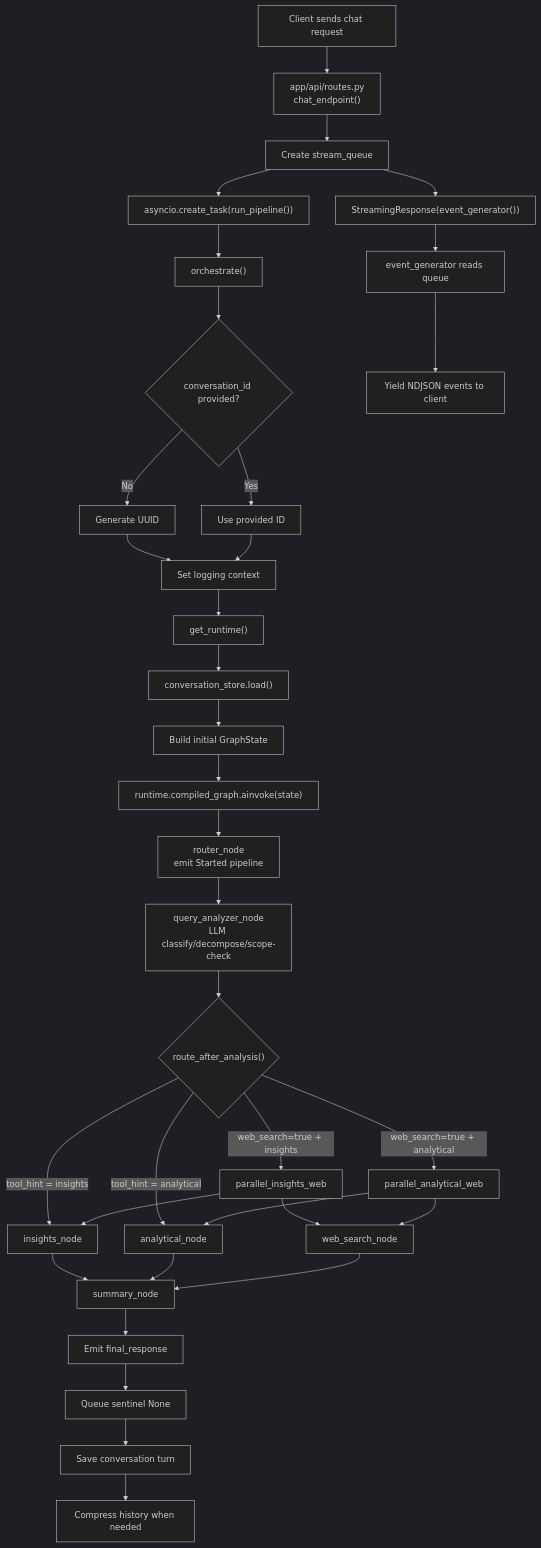
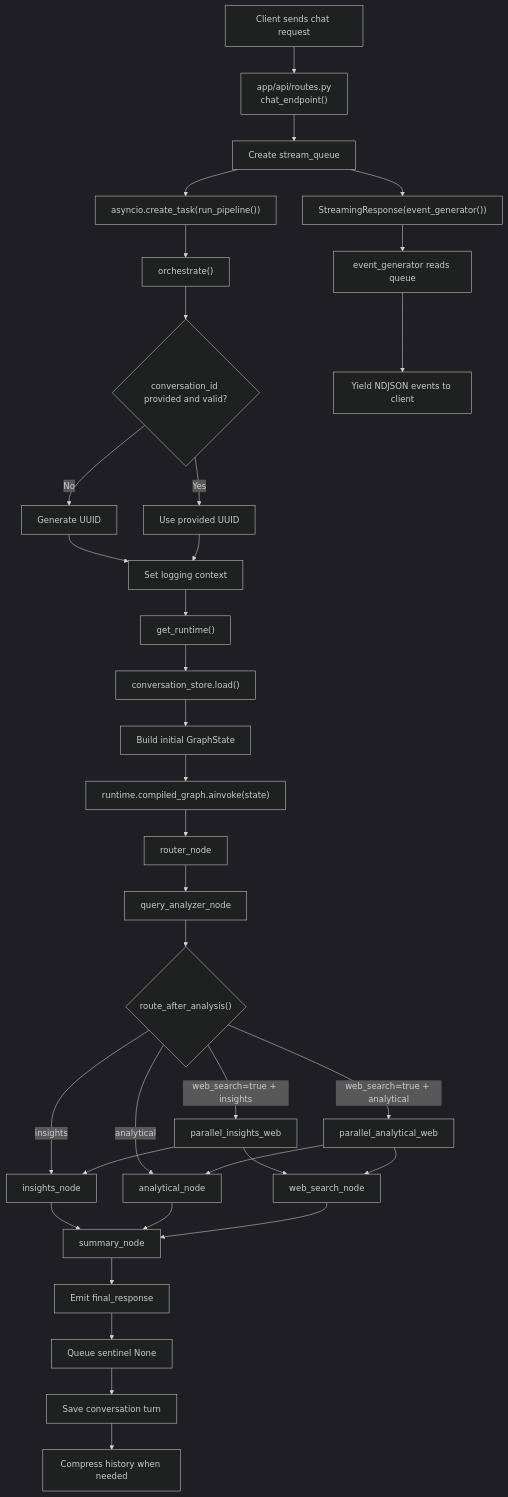
One commit to crimsonKn1ght/llm-app-agent-data-science_v1 changed the second of 4 diagrams in documentation/architecture_overview.md. Above: the diagram before and after it, drawn with Mermaid (dark theme). The commit also changed other lines of this file and 100 other files, not shown here.

````diff
--- a/documentation/architecture_overview.md
+++ b/documentation/architecture_overview.md
@@ -67,45 +69,45 @@
 ```mermaid
 flowchart TD
     A["Client sends chat request"] --> B["app/api/routes.py<br/>chat_endpoint()"]
     B --> C["Create stream_queue"]
     C --> D["asyncio.create_task(run_pipeline())"]
     C --> E["StreamingResponse(event_generator())"]
 
     D --> F["orchestrate()"]
-    F --> G{"conversation_id provided?"}
+    F --> G{"conversation_id provided and valid?"}
     G -- "No" --> H["Generate UUID"]
-    G -- "Yes" --> I["Use provided ID"]
+    G -- "Yes" --> I["Use provided UUID"]
     H --> J["Set logging context"]
     I --> J
 
     J --> K["get_runtime()"]
     K --> L["conversation_store.load()"]
     L --> M["Build initial GraphState"]
     M --> N["runtime.compiled_graph.ainvoke(state)"]
 
-    N --> O["router_node<br/>emit Started pipeline"]
-    O --> P["query_analyzer_node<br/>LLM classify/decompose/scope-check"]
+    N --> O["router_node"]
+    O --> P["query_analyzer_node"]
     P --> Q{"route_after_analysis()"}
 
-    Q -- "tool_hint = insights" --> R["insights_node"]
-    Q -- "tool_hint = analytical" --> S["analytical_node"]
+    Q -- "insights" --> R["insights_node"]
+    Q -- "analytical" --> S["analytical_node"]
     Q -- "web_search=true + insights" --> U1["parallel_insights_web"]
     Q -- "web_search=true + analytical" --> U2["parallel_analytical_web"]
 
     U1 --> R
     U1 --> T["web_search_node"]
     U2 --> S
     U2 --> T
 
     R --> V["summary_node"]
     S --> V
     T --> V
 
     V --> W["Emit final_response"]
     W --> X["Queue sentinel None"]
     X --> Y["Save conversation turn"]
     Y --> Z["Compress history when needed"]
 
     E --> AA["event_generator reads queue"]
     AA --> AB["Yield NDJSON events to client"]
 ```
````
